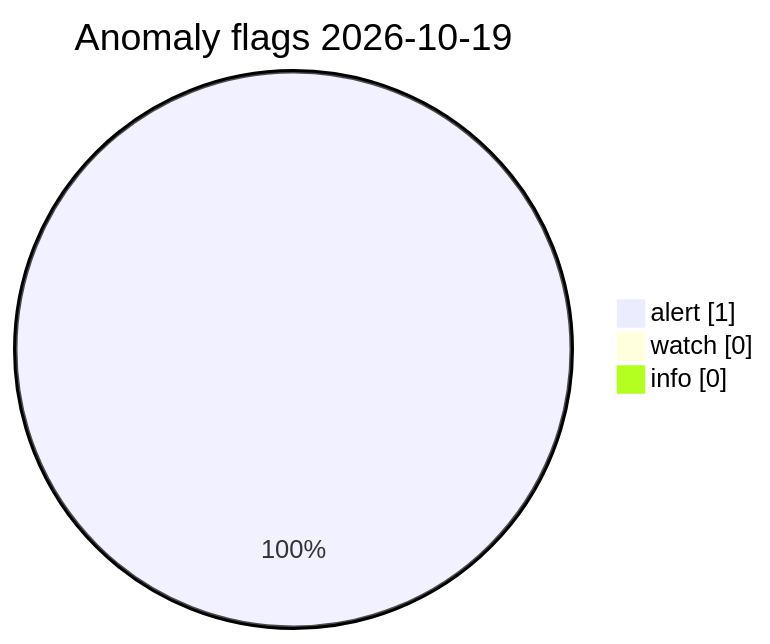
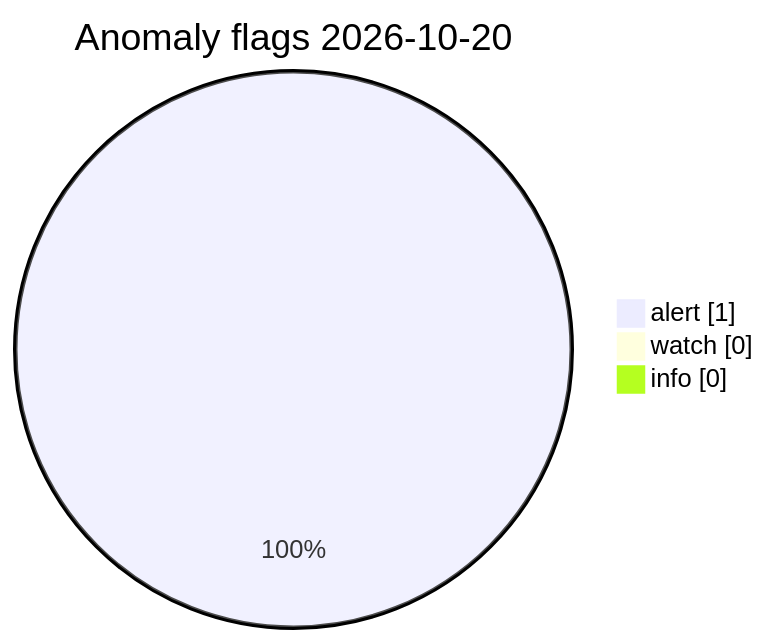
One commit to Midwest-Stratospheric/Unified-Open-Global-Weather changed the diagram in visuals/latest/CHARTS.md. Above: the diagram before and after it, drawn with Mermaid. The commit also changed other lines of this file and 23 other files, not shown here.

Commit message:
data(visuals): automated charts 2026-10-20T09:45Z

````diff
--- a/visuals/latest/CHARTS.md
+++ b/visuals/latest/CHARTS.md
@@ -73,7 +73,7 @@
 ```mermaid
 pie showData
-  title Anomaly flags 2026-10-19
+  title Anomaly flags 2026-10-20
   "alert" : 1
   "watch" : 0
   "info" : 0
 ```
````
